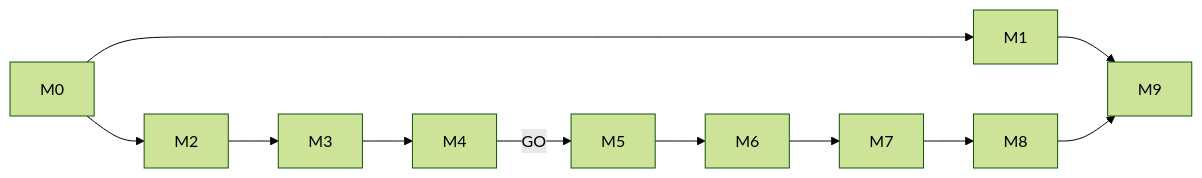
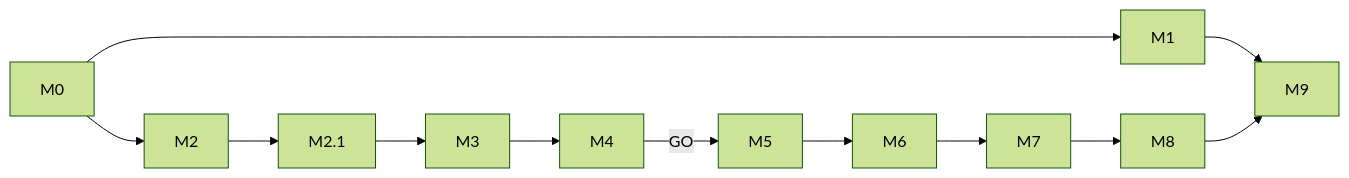
One commit to Wanjin5508/vault-coach changed the diagram in kb/v1.3.4后续开发日志/开发规划与过程记录/v1.5-开发日志/00-v1.5-开发总览与学习路线.md. Above: the diagram before and after it, drawn with Mermaid (forest theme). The commit also changed other lines of this file and 58 other files, not shown here.

````diff
--- a/kb/v1.3.4后续开发日志/开发规划与过程记录/v1.5-开发日志/00-v1.5-开发总览与学习路线.md
+++ b/kb/v1.3.4后续开发日志/开发规划与过程记录/v1.5-开发日志/00-v1.5-开发总览与学习路线.md
@@ -70,13 +71,14 @@
 ```mermaid
 flowchart LR
     M0 --> M1
     M0 --> M2
-    M2 --> M3
+    M2 --> M21[M2.1]
+    M21 --> M3
     M3 --> M4
     M4 -->|GO| M5
     M5 --> M6
     M6 --> M7
     M7 --> M8
     M1 --> M9
     M8 --> M9
 ```
````
